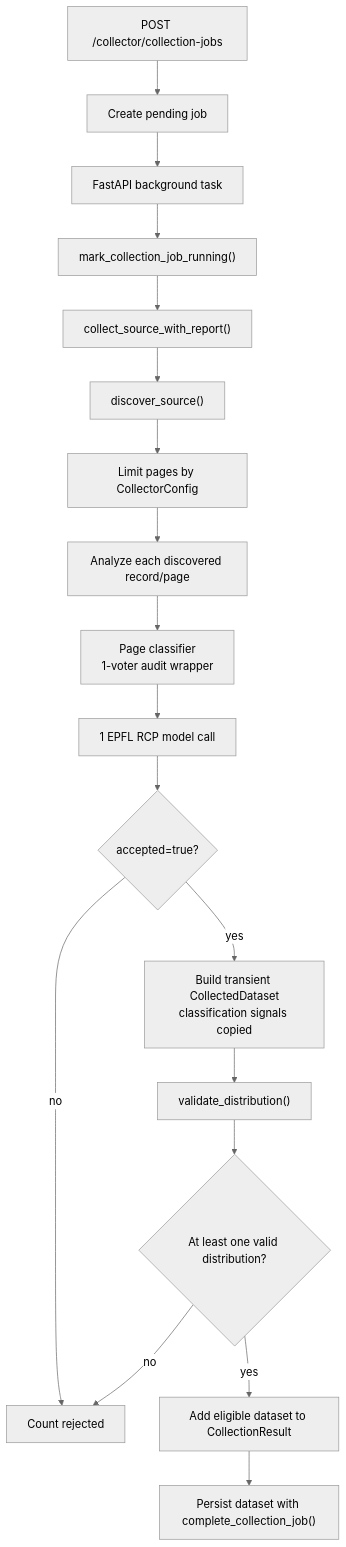
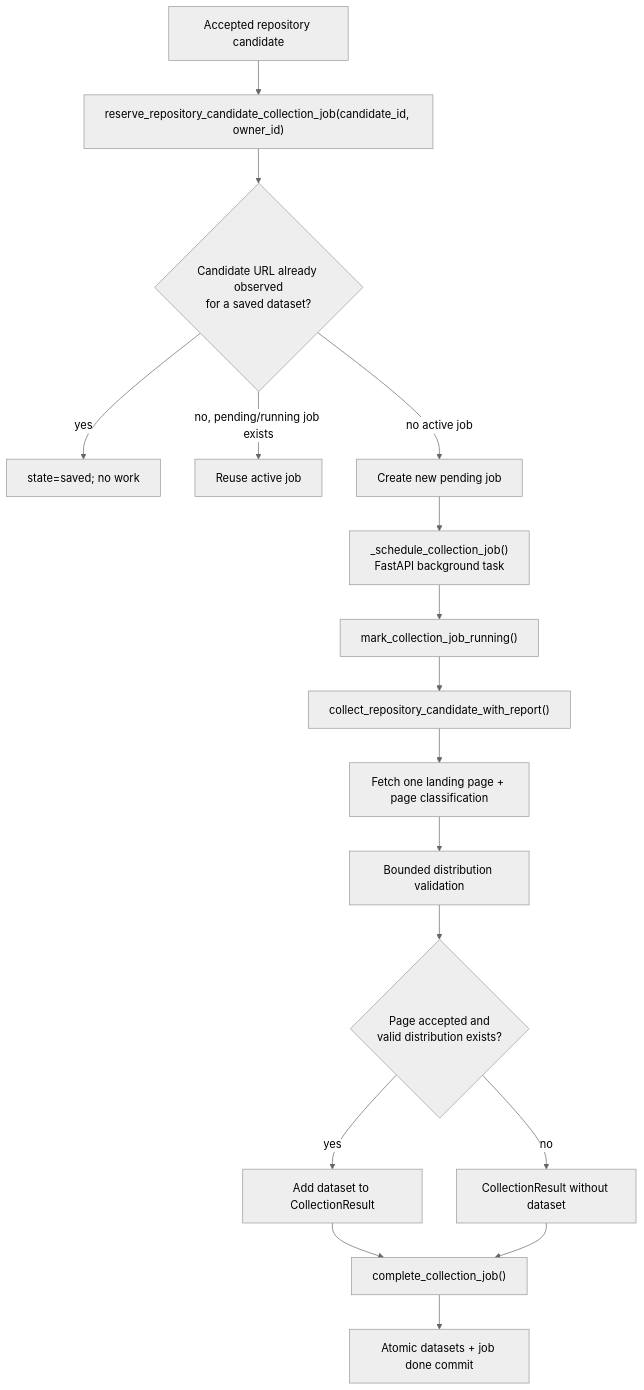
The third of 4 diagrams in docs/collector-pipeline-diagram.md (nicolasberlin/global-health-dataset-catalog), drawn with Mermaid (neutral theme) before and after one commit. The commit also changed other lines of this file and 37 other files, not shown here.

````diff
--- a/docs/collector-pipeline-diagram.md
+++ b/docs/collector-pipeline-diagram.md
@@ -117,20 +67,19 @@
 ```mermaid
 flowchart TD
-    Start["POST /collector/collection-jobs"] --> Create["Create pending job"]
-    Create --> Background["FastAPI background task"]
-    Background --> Running["mark_collection_job_running()"]
-    Running --> Collect["collect_source_with_report()"]
-    Collect --> Discover["discover_source()"]
-    Discover --> Limit["Limit pages by CollectorConfig"]
-    Limit --> Analyze["Analyze each discovered record/page"]
-    Analyze --> PageClassifier["Page classifier<br/>1-voter audit wrapper"]
-    PageClassifier --> PageModel["1 EPFL RCP model call"]
-    PageModel --> Accepted{"accepted=true?"}
-    Accepted -->|no| Rejected["Count rejected"]
-    Accepted -->|yes| Transient["Build transient CollectedDataset<br/>classification signals copied"]
-    Transient --> Validate["validate_distribution()"]
-    Validate --> Valid{"At least one valid distribution?"}
-    Valid -->|no| Rejected
-    Valid -->|yes| Result["Add eligible dataset to CollectionResult"]
-    Result --> Complete["Persist dataset with complete_collection_job()"]
+    Candidate["Accepted repository candidate"] --> Reserve["reserve_repository_candidate_collection_job(candidate_id, owner_id)"]
+    Reserve --> Saved{"Candidate URL already observed<br/>for a saved dataset?"}
+    Saved -->|yes| Already["state=saved; no work"]
+    Saved -->|no, pending/running job exists| Reuse["Reuse active job"]
+    Saved -->|no active job| Pending["Create new pending job"]
+    Pending --> Schedule["_schedule_collection_job()<br/>FastAPI background task"]
+    Schedule --> Running["mark_collection_job_running()"]
+    Running --> CandidateCollect["collect_repository_candidate_with_report()"]
+    CandidateCollect --> Page["Fetch one landing page + page classification"]
+    Page --> Distribution["Bounded distribution validation"]
+    Distribution --> Eligible{"Page accepted and<br/>valid distribution exists?"}
+    Eligible -->|yes| Result["Add dataset to CollectionResult"]
+    Eligible -->|no| EmptyResult["CollectionResult without dataset"]
+    Result --> Complete["complete_collection_job()"]
+    EmptyResult --> Complete
+    Complete --> Done["Atomic datasets + job done commit"]
 ```
````
